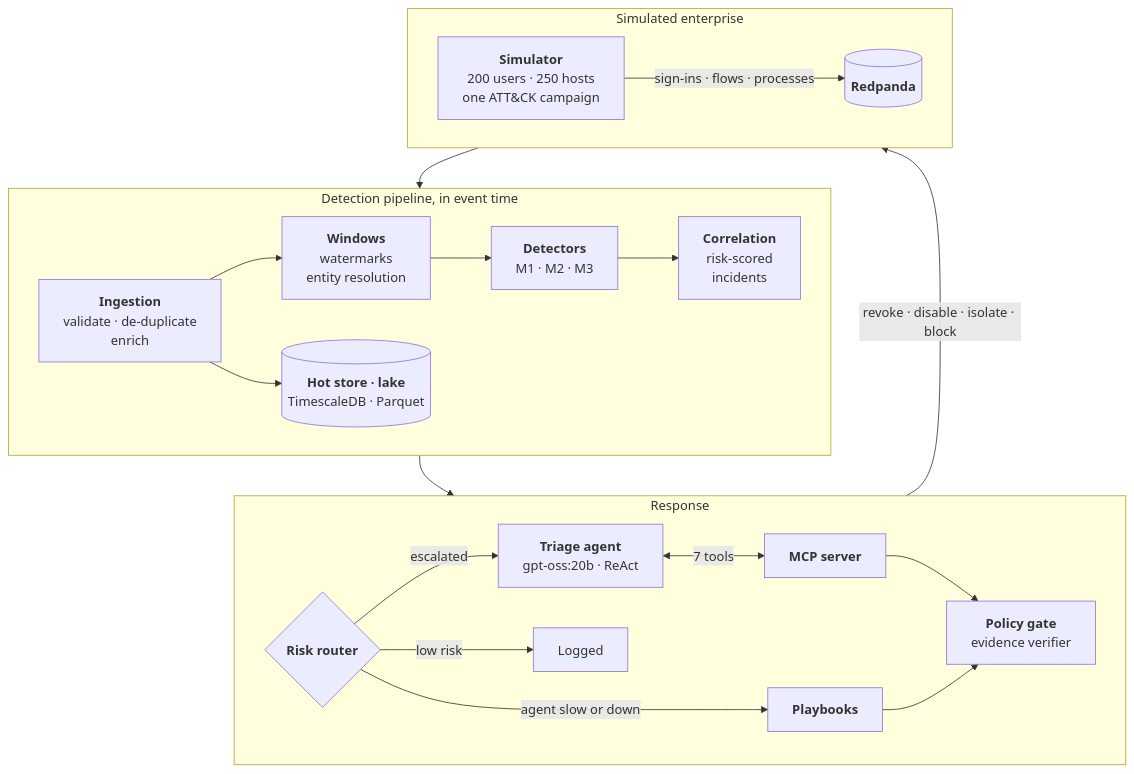
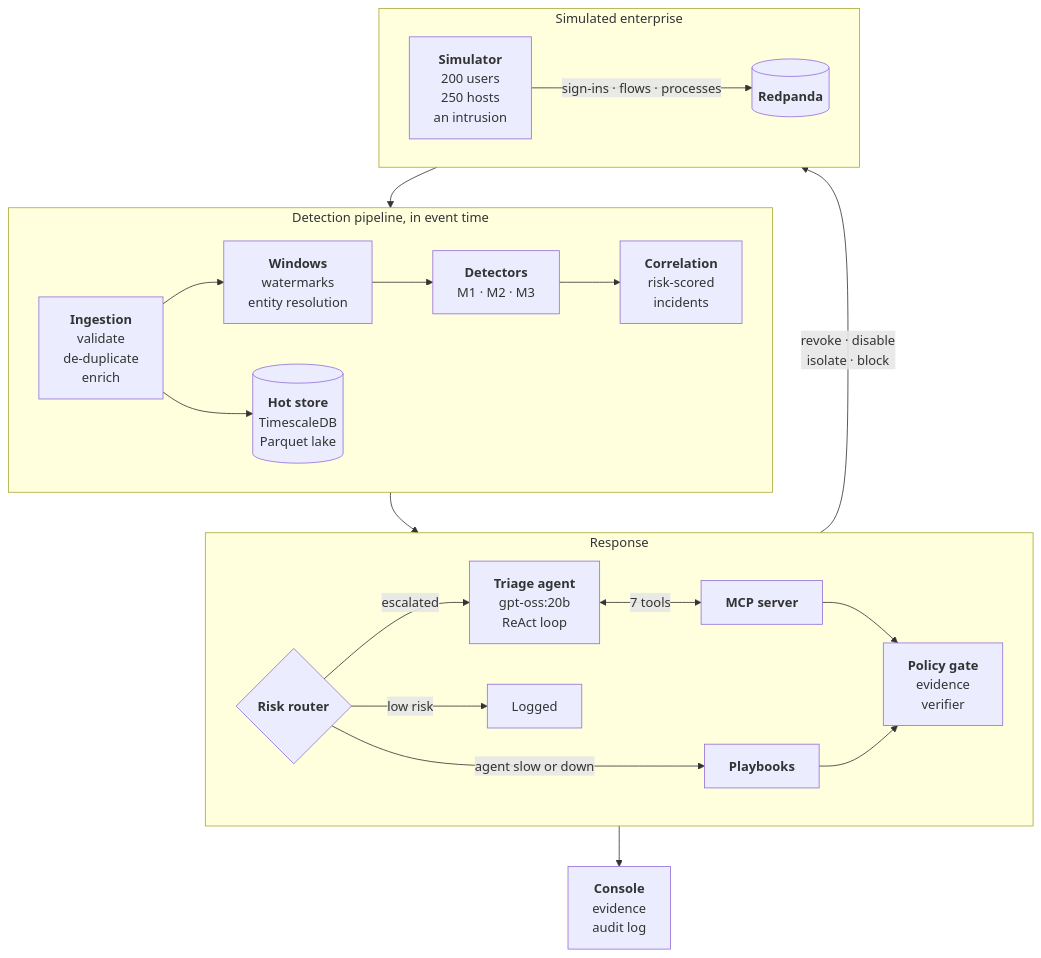
Before and after one commit to Chris91ss/ai4ci-agentic-soc: the diagram in README.md, drawn with Mermaid.

Commit message:
docs: fit the incident flow to GitHub's mermaid renderer
GitHub lays mermaid out with ELK and caps node labels at 120 pixels, so
lines like "200 users · 250 hosts" broke mid-phrase; every label line is
now short enough to stay whole. The console, where decisions land with
their evidence and the audit log, closes the diagram below the response
band, which also keeps GitHub's zoom controls off the policy gate.

````diff
--- a/README.md
+++ b/README.md
@@ -100,25 +100,26 @@
 ```mermaid
 flowchart TB
     %% declared bottom-up so that the layout reads top-down
     subgraph response ["Response"]
         direction LR
-        router{"<b>Risk router</b>"} -- "escalated" --> agent["<b>Triage agent</b><br/>gpt-oss:20b · ReAct"]
+        router{"<b>Risk router</b>"} -- "escalated" --> agent["<b>Triage agent</b><br/>gpt-oss:20b<br/>ReAct loop"]
+        agent <-- "7 tools" --> mcp["<b>MCP server</b>"]
+        mcp --> gate["<b>Policy gate</b><br/>evidence<br/>verifier"]
+        router -- "agent slow or down" --> playbooks["<b>Playbooks</b>"]
+        playbooks --> gate
         router -- "low risk" --> logged["Logged"]
-        router -- "agent slow or down" --> playbooks["<b>Playbooks</b>"]
-        agent <-- "7 tools" --> mcp["<b>MCP server</b>"]
-        mcp --> gate["<b>Policy gate</b><br/>evidence verifier"]
-        playbooks --> gate
     end
     subgraph pipeline ["Detection pipeline, in event time"]
         direction LR
-        ingest["<b>Ingestion</b><br/>validate · de-duplicate<br/>enrich"] --> windows["<b>Windows</b><br/>watermarks<br/>entity resolution"]
+        ingest["<b>Ingestion</b><br/>validate<br/>de-duplicate<br/>enrich"] --> windows["<b>Windows</b><br/>watermarks<br/>entity resolution"]
         windows --> detectors["<b>Detectors</b><br/>M1 · M2 · M3"] --> correlation["<b>Correlation</b><br/>risk-scored<br/>incidents"]
-        ingest --> store[("<b>Hot store · lake</b><br/>TimescaleDB · Parquet")]
+        ingest --> store[("<b>Hot store</b><br/>TimescaleDB<br/>Parquet lake")]
     end
     subgraph enterprise ["Simulated enterprise"]
         direction LR
-        sim["<b>Simulator</b><br/>200 users · 250 hosts<br/>one ATT&CK campaign"] -- "sign-ins · flows · processes" --> broker[("<b>Redpanda</b>")]
+        sim["<b>Simulator</b><br/>200 users<br/>250 hosts<br/>an intrusion"] -- "sign-ins · flows · processes" --> broker[("<b>Redpanda</b>")]
     end
     enterprise --> pipeline --> response
-    response -- "revoke · disable · isolate · block" --> enterprise
+    response --> console["<b>Console</b><br/>evidence<br/>audit log"]
+    response -- "revoke · disable<br/>isolate · block" --> enterprise
 ```
````
